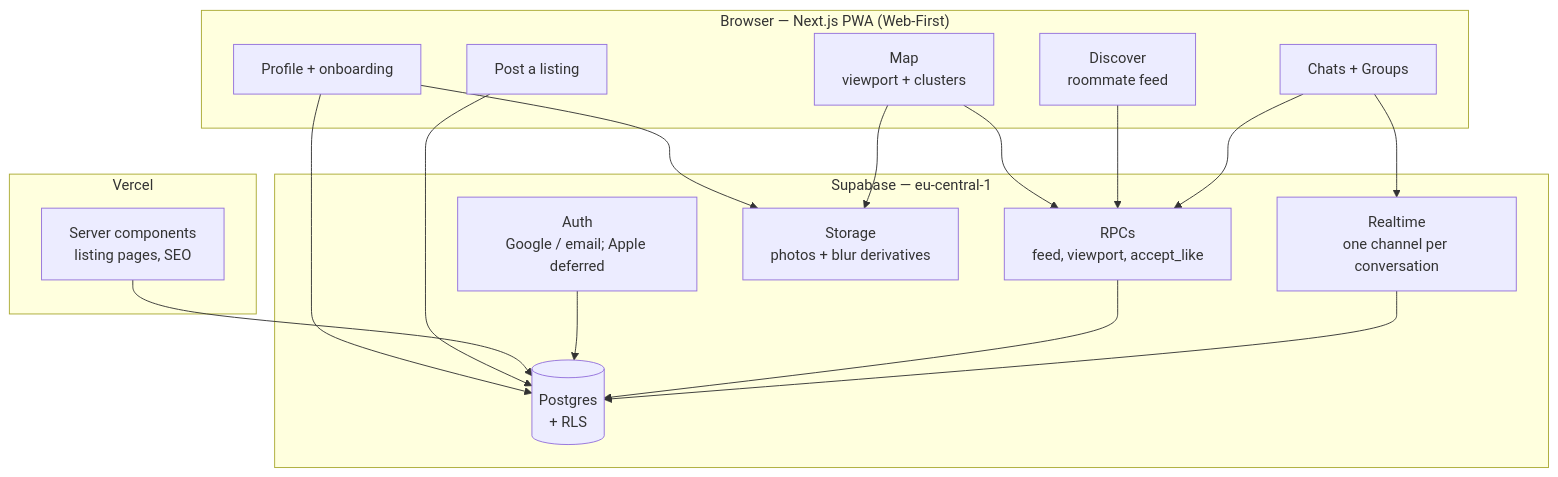
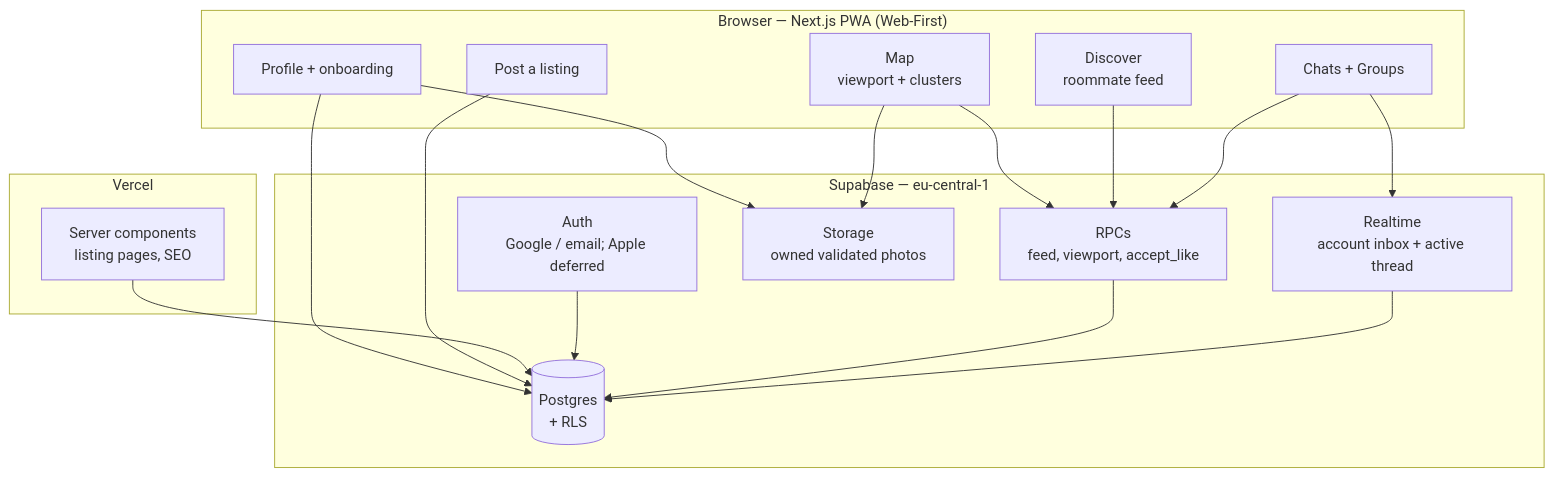
Before and after one commit to lironrubin100/appartement-tinder: the diagram in ARCHITECTURE.md, drawn with Mermaid. The commit also changed other lines of this file and 46 other files, not shown here.

````diff
--- a/ARCHITECTURE.md
+++ b/ARCHITECTURE.md
@@ -11,35 +11,35 @@
 ```mermaid
 graph TB
     subgraph client["Browser — Next.js PWA (Web-First)"]
         Map["Map<br/>viewport + clusters"]
         Disc["Discover<br/>roommate feed"]
         Chat["Chats + Groups"]
         Prof["Profile + onboarding"]
         Post["Post a listing"]
     end
 
     subgraph edge["Vercel"]
         SSR["Server components<br/>listing pages, SEO"]
     end
 
     subgraph supa["Supabase — eu-central-1"]
         Auth["Auth<br/>Google / email; Apple deferred"]
         RPC["RPCs<br/>feed, viewport, accept_like"]
         DB[("Postgres<br/>+ RLS")]
-        RT["Realtime<br/>one channel per conversation"]
-        Store["Storage<br/>photos + blur derivatives"]
+        RT["Realtime<br/>account inbox + active thread"]
+        Store["Storage<br/>owned validated photos"]
     end
 
     Map --> RPC
     Disc --> RPC
     Chat --> RT
     Chat --> RPC
     Prof --> DB
     Post --> DB
     SSR --> DB
     Auth --> DB
     RPC --> DB
     RT --> DB
     Prof --> Store
     Map --> Store
 ```
````
